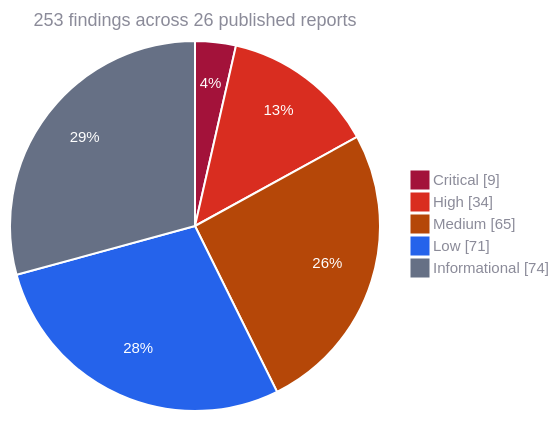
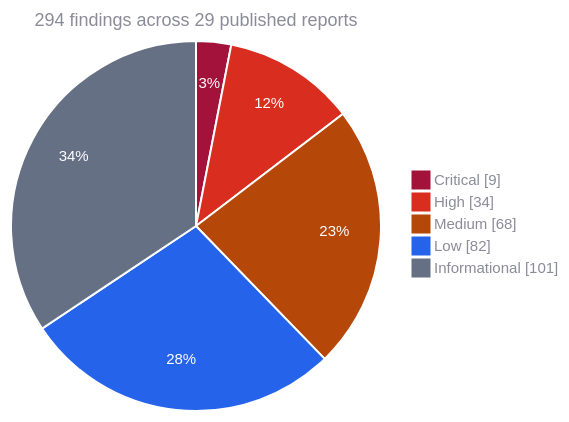
The first of 2 diagrams in README.md (Kann-Audits/Kann-Audits), drawn with Mermaid before and after one commit. The commit also changed other lines of this file and 2 other files, not shown here.

Commit message:
Publish Oak Agent security review
Add the Oak Agent report (17 November 2026) in PDF and Markdown and list it in
the README: 2 Medium, 6 Low, 11 Informational. The severity table and chart now
match the 29 listed reports (294 findings), including the Octarine and Fluton
follow-up reports added on 16 November.

````diff
--- a/README.md
+++ b/README.md
@@ -90,10 +91,10 @@
 ```mermaid
 %%{init: {"theme": "base", "themeVariables": {"pie1": "#a3123a", "pie2": "#d92d20", "pie3": "#b54708", "pie4": "#2563eb", "pie5": "#667085", "pieStrokeColor": "#ffffff", "pieStrokeWidth": "2px", "pieOuterStrokeWidth": "0px", "pieOpacity": "1", "pieSectionTextColor": "#ffffff", "pieSectionTextSize": "15px", "pieTitleTextColor": "#8b8b99", "pieTitleTextSize": "18px", "pieLegendTextColor": "#8b8b99", "pieLegendTextSize": "15px"}}}%%
 pie showData
-    title 253 findings across 26 published reports
+    title 294 findings across 29 published reports
     "Critical" : 9
     "High" : 34
-    "Medium" : 65
-    "Low" : 71
-    "Informational" : 74
+    "Medium" : 68
+    "Low" : 82
+    "Informational" : 101
 ```
````
